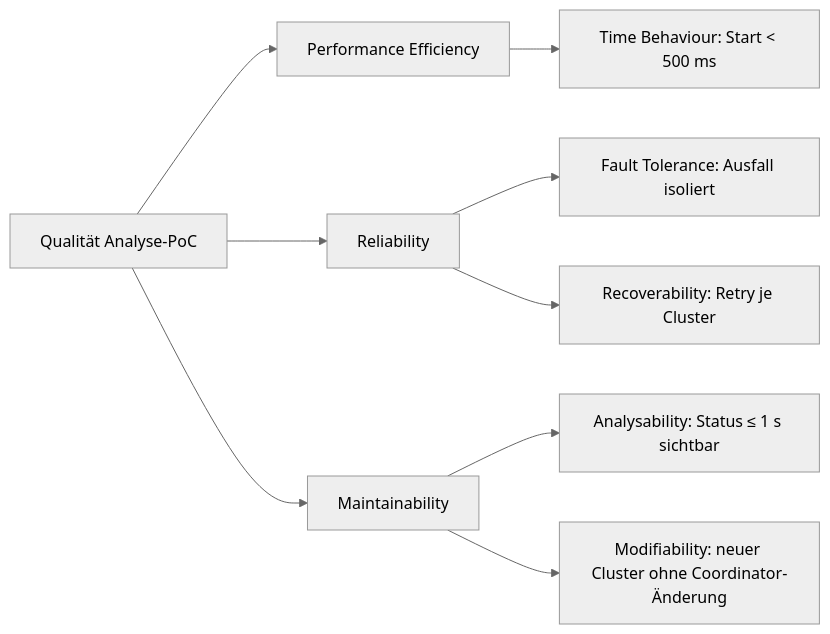
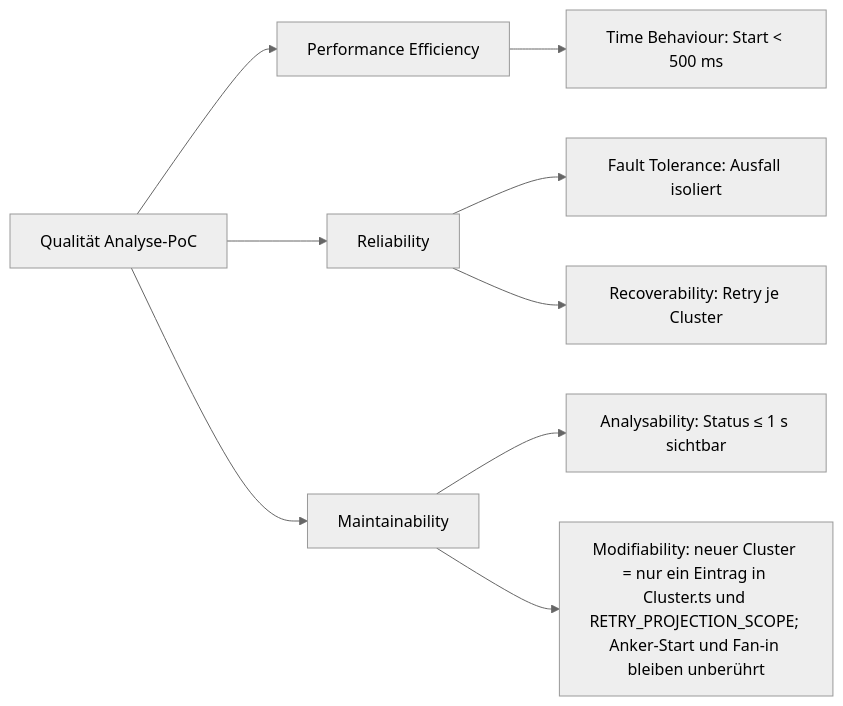
One commit to nihadio/wirschiffendas changed the diagram in docs/arc42.md. Above: the diagram before and after it, drawn with Mermaid (neutral theme). The commit also changed other lines of this file and 12 other files, not shown here.

````diff
--- a/docs/arc42.md
+++ b/docs/arc42.md
@@ -229,11 +229,11 @@
 ```mermaid
 flowchart LR
   Q[Qualität Analyse-PoC] --> P[Performance Efficiency]
   Q --> R[Reliability]
   Q --> M[Maintainability]
   P --> P1[Time Behaviour: Start < 500 ms]
   R --> R1[Fault Tolerance: Ausfall isoliert]
   R --> R2[Recoverability: Retry je Cluster]
   M --> M1[Analysability: Status ≤ 1 s sichtbar]
-  M --> M2[Modifiability: neuer Cluster ohne Coordinator-Änderung]
+  M --> M2[Modifiability: neuer Cluster = nur ein Eintrag in Cluster.ts und RETRY_PROJECTION_SCOPE; Anker-Start und Fan-in bleiben unberührt]
 ```
````
